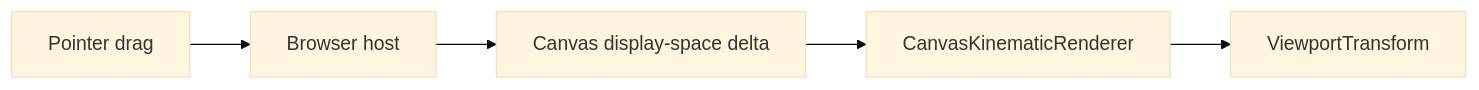
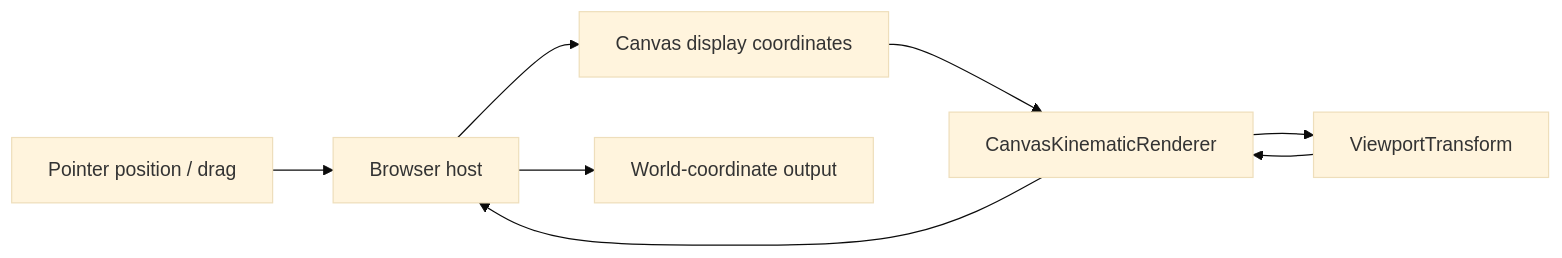
Before and after one commit to fa-ribeiro/vLab2D: the second of 3 diagrams in docs/project/status.md, drawn with Mermaid (base theme). The commit also changed other lines of this file and 10 other files, not shown here.

Commit message:
feat(visualization): add pointer world-coordinate inspection

````diff
--- a/docs/project/status.md
+++ b/docs/project/status.md
@@ -102,10 +111,12 @@
 ```mermaid
 flowchart LR
-    POINTER["Pointer drag"]
+    POINTER["Pointer position / drag"]
     HOST["Browser host"]
-    DELTA["Canvas display-space delta"]
+    DISPLAY["Canvas display coordinates"]
     RENDERER["CanvasKinematicRenderer"]
     TRANSFORM["ViewportTransform"]
+    OUTPUT["World-coordinate output"]
 
-    POINTER --> HOST --> DELTA --> RENDERER --> TRANSFORM
+    POINTER --> HOST --> DISPLAY --> RENDERER --> TRANSFORM
+    TRANSFORM --> RENDERER --> HOST --> OUTPUT
 ```
````
